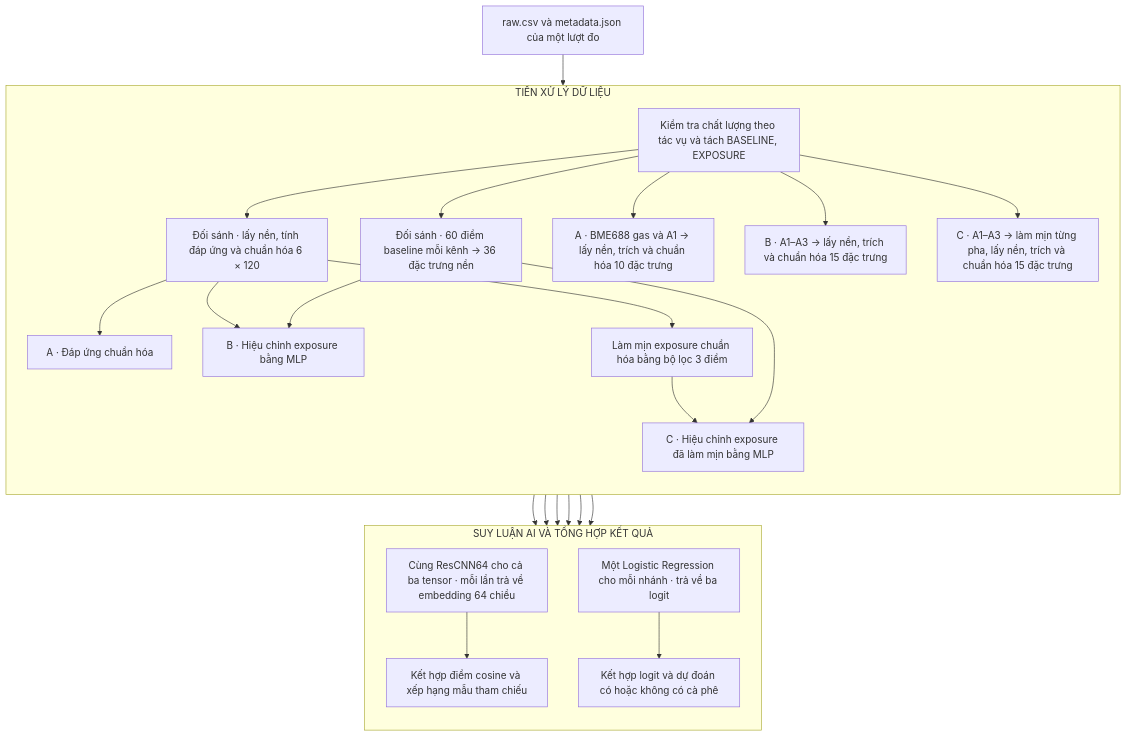
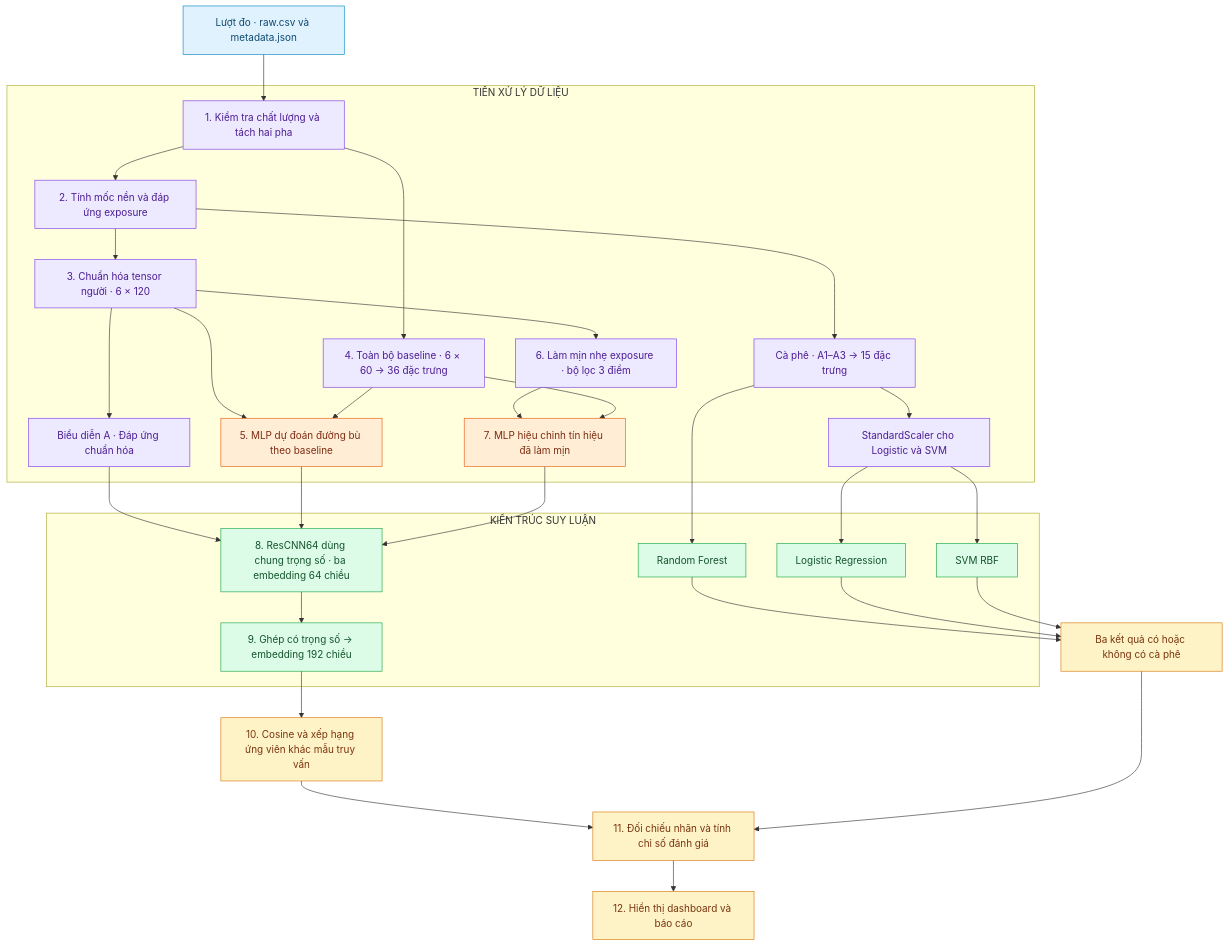
The first of 3 diagrams in BAO_CAO_AI_ROBONOSE.md (Phucluu2809/PBL6), drawn with Mermaid before and after one commit. The commit also changed other lines of this file and 10 other files, not shown here.

````diff
--- a/BAO_CAO_AI_ROBONOSE.md
+++ b/BAO_CAO_AI_ROBONOSE.md
@@ -37,33 +35,43 @@
 ```mermaid
 flowchart TB
-    RAW["raw.csv và metadata.json của một lượt đo"]
-    subgraph P["TIỀN XỬ LÝ DỮ LIỆU"]
-        direction TB
-        QC["Kiểm tra chất lượng theo tác vụ và tách BASELINE, EXPOSURE"]
-        QC --> PERSON["Đối sánh · lấy nền, tính đáp ứng và chuẩn hóa 6 × 120"]
-        QC --> BASE["Đối sánh · 60 điểm baseline mỗi kênh → 36 đặc trưng nền"]
-        PERSON --> PA["A · Đáp ứng chuẩn hóa"]
-        PERSON --> PB["B · Hiệu chỉnh exposure bằng MLP"]
-        PERSON --> SM["Làm mịn exposure chuẩn hóa bằng bộ lọc 3 điểm"]
-        SM --> PC["C · Hiệu chỉnh exposure đã làm mịn bằng MLP"]
-        BASE --> PB
-        BASE --> PC
-        QC --> CA["A · BME688 gas và A1 → lấy nền, trích và chuẩn hóa 10 đặc trưng"]
-        QC --> CB["B · A1–A3 → lấy nền, trích và chuẩn hóa 15 đặc trưng"]
-        QC --> CC["C · A1–A3 → làm mịn từng pha, lấy nền, trích và chuẩn hóa 15 đặc trưng"]
+    RAW["Lượt đo · raw.csv và metadata.json"] --> QC["1. Kiểm tra chất lượng và tách hai pha"]
+    subgraph PRE["TIỀN XỬ LÝ DỮ LIỆU"]
+        QC --> BASE["2. Tính mốc nền và đáp ứng exposure"]
+        BASE --> SCALE["3. Chuẩn hóa tensor người · 6 × 120"]
+        QC --> CONTEXT["4. Toàn bộ baseline · 6 × 60 → 36 đặc trưng"]
+        SCALE --> A["Biểu diễn A · Đáp ứng chuẩn hóa"]
+        SCALE --> B["5. MLP dự đoán đường bù theo baseline"]
+        CONTEXT --> B
+        SCALE --> SM["6. Làm mịn nhẹ exposure · bộ lọc 3 điểm"]
+        SM --> C["7. MLP hiệu chỉnh tín hiệu đã làm mịn"]
+        CONTEXT --> C
+        BASE --> FEAT["Cà phê · A1–A3 → 15 đặc trưng"]
+        FEAT --> STD["StandardScaler cho Logistic và SVM"]
     end
-    subgraph M["SUY LUẬN AI VÀ TỔNG HỢP KẾT QUẢ"]
-        direction TB
-        CNN["Cùng ResCNN64 cho cả ba tensor · mỗi lần trả về embedding 64 chiều"]
-        LOG["Một Logistic Regression cho mỗi nhánh · trả về ba logit"]
-        CNN --> MATCH["Kết hợp điểm cosine và xếp hạng mẫu tham chiếu"]
-        LOG --> CLASSIFY["Kết hợp logit và dự đoán có hoặc không có cà phê"]
+    subgraph AI["KIẾN TRÚC SUY LUẬN"]
+        A --> CNN["8. ResCNN64 dùng chung trọng số · ba embedding 64 chiều"]
+        B --> CNN
+        C --> CNN
+        CNN --> FUSE["9. Ghép có trọng số → embedding 192 chiều"]
+        FEAT --> RF["Random Forest"]
+        STD --> LR["Logistic Regression"]
+        STD --> SVM["SVM RBF"]
     end
-    RAW --> QC
-    PA --> CNN
-    PB --> CNN
-    PC --> CNN
-    CA --> LOG
-    CB --> LOG
-    CC --> LOG
+    FUSE --> RANK["10. Cosine và xếp hạng ứng viên khác mẫu truy vấn"]
+    RF --> COFFEE["Ba kết quả có hoặc không có cà phê"]
+    LR --> COFFEE
+    SVM --> COFFEE
+    RANK --> EVAL["11. Đối chiếu nhãn và tính chỉ số đánh giá"]
+    COFFEE --> EVAL
+    EVAL --> UI["12. Hiển thị dashboard và báo cáo"]
+    classDef data fill:#E0F2FE,stroke:#0284C7,color:#0C4A6E;
+    classDef prep fill:#EDE9FE,stroke:#7C3AED,color:#4C1D95;
+    classDef learned fill:#FFEDD5,stroke:#EA580C,color:#7C2D12;
+    classDef model fill:#DCFCE7,stroke:#16A34A,color:#14532D;
+    classDef output fill:#FEF3C7,stroke:#D97706,color:#78350F;
+    class RAW data;
+    class QC,BASE,SCALE,CONTEXT,A,SM,FEAT,STD prep;
+    class B,C learned;
+    class CNN,FUSE,RF,LR,SVM model;
+    class RANK,COFFEE,EVAL,UI output;
 ```
````
